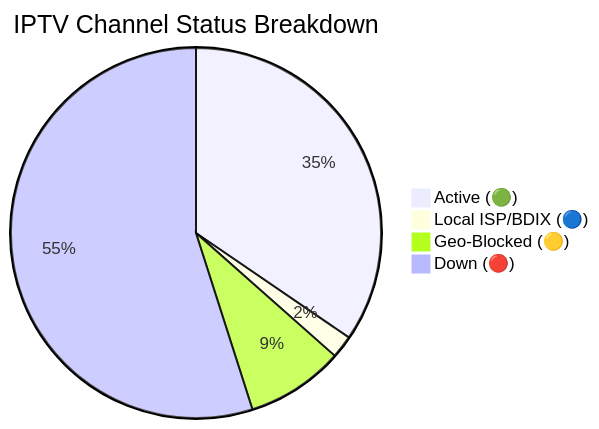
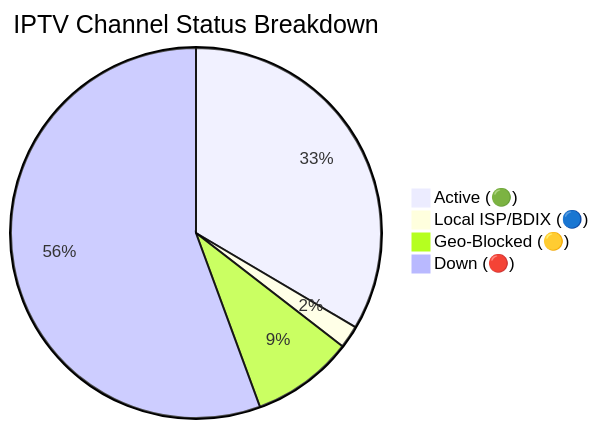
The diagram in README.md (andreataylord/Ip-tv-Collection), drawn with Mermaid before and after one commit. The commit also changed other lines of this file and 1 other file, not shown here.

Commit message:
docs(readme): auto-update daily channel status chart

````diff
--- a/README.md
+++ b/README.md
@@ -59,7 +59,7 @@
 ```mermaid
 pie title IPTV Channel Status Breakdown
-    "Active (🟢)" : 2690
+    "Active (🟢)" : 2608
     "Local ISP/BDIX (🔵)" : 155
-    "Geo-Blocked (🟡)" : 665
-    "Down (🔴)" : 4278
+    "Geo-Blocked (🟡)" : 694
+    "Down (🔴)" : 4331
 ```
````
